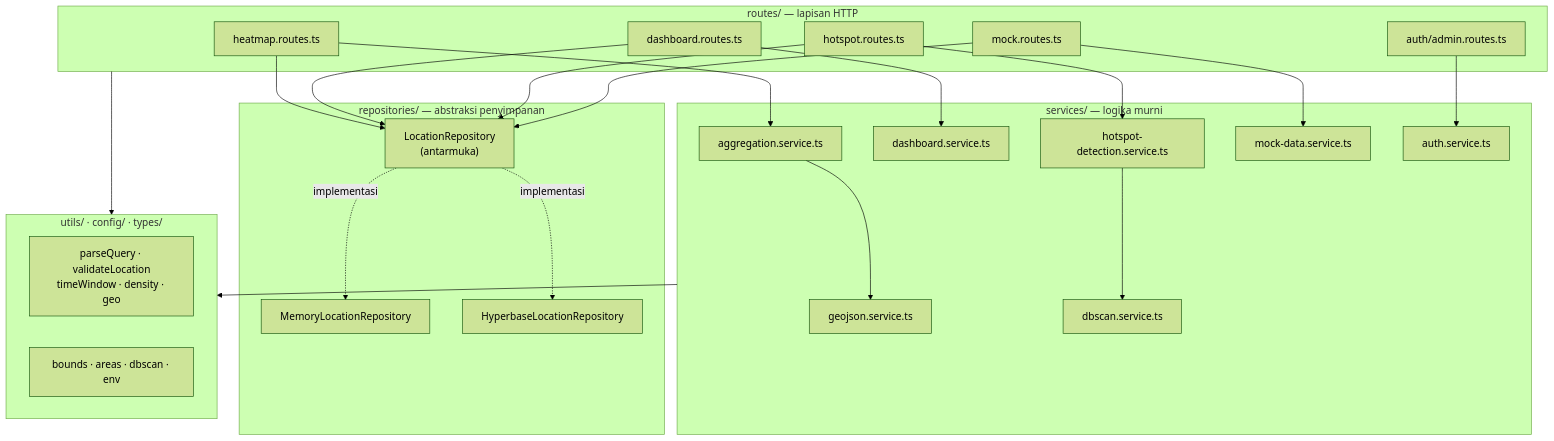
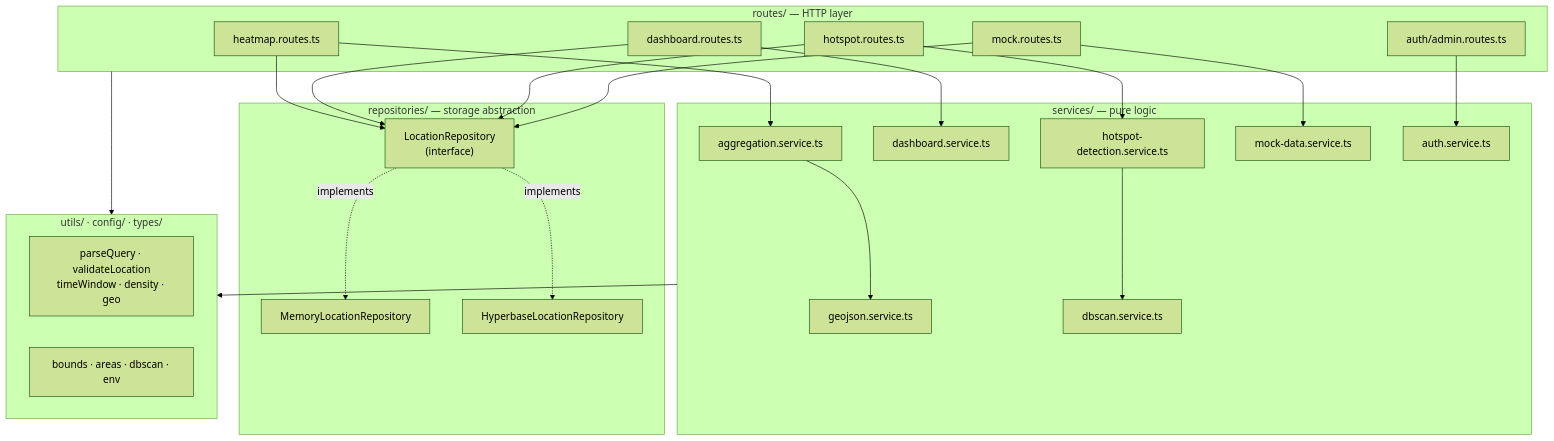
Before and after one commit to Hitchgernn/heatmap-dashboard: the third of 8 diagrams in docs/BLUEPRINT.md, drawn with Mermaid (forest theme). The commit also changed other lines of this file and 11 other files, not shown here.

````diff
--- a/docs/BLUEPRINT.md
+++ b/docs/BLUEPRINT.md
@@ -312,47 +297,47 @@
 ```mermaid
 flowchart TB
-    subgraph Routes["routes/ — lapisan HTTP"]
+    subgraph Routes["routes/ — HTTP layer"]
         R1["heatmap.routes.ts"]
         R2["dashboard.routes.ts"]
         R3["hotspot.routes.ts"]
         R4["mock.routes.ts"]
         R5["auth/admin.routes.ts"]
     end
 
-    subgraph Services["services/ — logika murni"]
+    subgraph Services["services/ — pure logic"]
         S1["aggregation.service.ts"]
         S2["geojson.service.ts"]
         S3["dashboard.service.ts"]
         S4["dbscan.service.ts"]
         S5["hotspot-detection.service.ts"]
         S6["mock-data.service.ts"]
         S7["auth.service.ts"]
     end
 
-    subgraph Repos["repositories/ — abstraksi penyimpanan"]
-        I["LocationRepository<br/>(antarmuka)"]
+    subgraph Repos["repositories/ — storage abstraction"]
+        I["LocationRepository<br/>(interface)"]
         M["MemoryLocationRepository"]
         H["HyperbaseLocationRepository"]
     end
 
     subgraph Shared["utils/ · config/ · types/"]
         U["parseQuery · validateLocation<br/>timeWindow · density · geo"]
         C["bounds · areas · dbscan · env"]
     end
 
     R1 --> S1 --> S2
     R2 --> S3
     R3 --> S5 --> S4
     R4 --> S6
     R5 --> S7
 
     R1 --> I
     R2 --> I
     R3 --> I
     R4 --> I
-    I -.implementasi.-> M
-    I -.implementasi.-> H
+    I -.implements.-> M
+    I -.implements.-> H
 
     Services --> Shared
     Routes --> Shared
 ```
````
